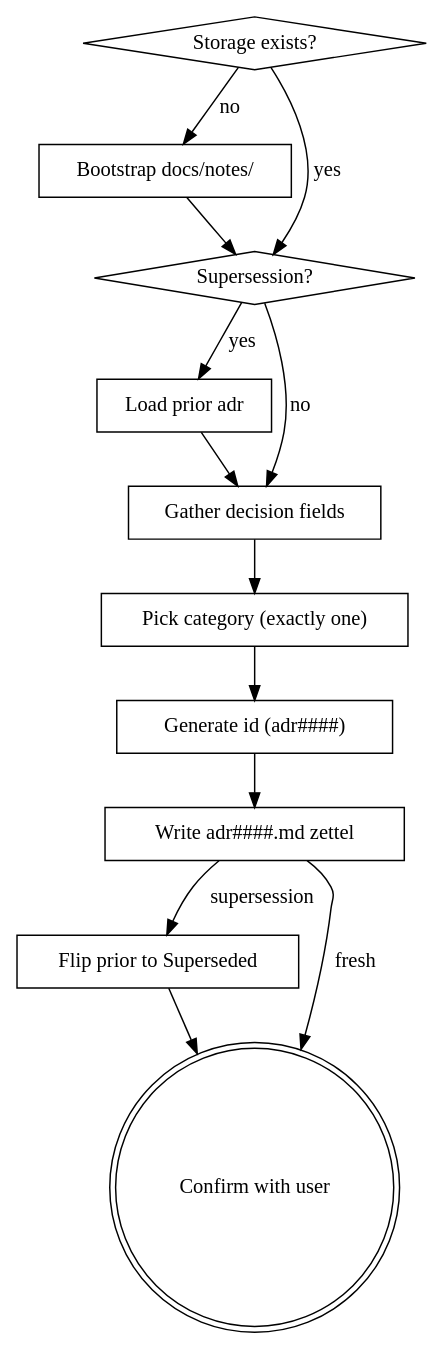
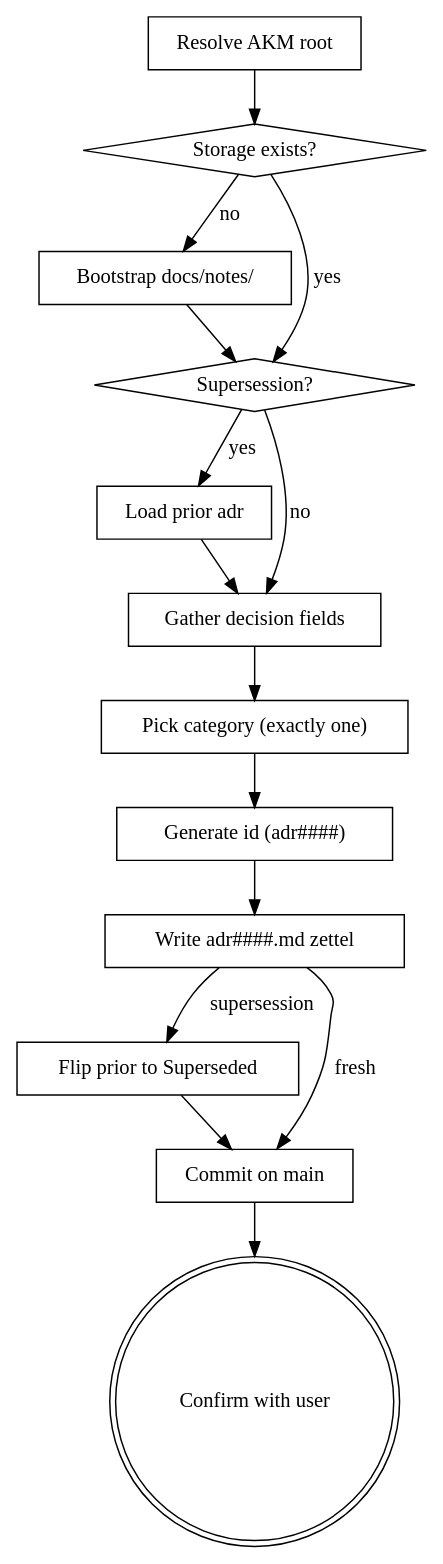
Before and after one commit to b3tchi/dotfiles: the diagram in claude/marketplace/plugins/infinifu/skills/adr-write/SKILL.md, drawn with Graphviz. The commit also changed other lines of this file and 53 other files, not shown here.

````diff
--- a/claude/marketplace/plugins/infinifu/skills/adr-write/SKILL.md
+++ b/claude/marketplace/plugins/infinifu/skills/adr-write/SKILL.md
@@ -46,27 +58,31 @@
 ```dot
 digraph adr_create {
+    "Resolve AKM root" [shape=box];
     "Storage exists?" [shape=diamond];
     "Bootstrap docs/notes/" [shape=box];
     "Supersession?" [shape=diamond];
     "Load prior adr" [shape=box];
     "Gather decision fields" [shape=box];
     "Pick category (exactly one)" [shape=box];
     "Generate id (adr####)" [shape=box];
     "Write adr####.md zettel" [shape=box];
     "Flip prior to Superseded" [shape=box];
+    "Commit on main" [shape=box];
     "Confirm with user" [shape=doublecircle];
 
+    "Resolve AKM root" -> "Storage exists?";
     "Storage exists?" -> "Bootstrap docs/notes/" [label="no"];
     "Storage exists?" -> "Supersession?" [label="yes"];
     "Bootstrap docs/notes/" -> "Supersession?";
     "Supersession?" -> "Load prior adr" [label="yes"];
     "Supersession?" -> "Gather decision fields" [label="no"];
     "Load prior adr" -> "Gather decision fields";
     "Gather decision fields" -> "Pick category (exactly one)";
     "Pick category (exactly one)" -> "Generate id (adr####)";
     "Generate id (adr####)" -> "Write adr####.md zettel";
     "Write adr####.md zettel" -> "Flip prior to Superseded" [label="supersession"];
-    "Write adr####.md zettel" -> "Confirm with user" [label="fresh"];
-    "Flip prior to Superseded" -> "Confirm with user";
+    "Write adr####.md zettel" -> "Commit on main" [label="fresh"];
+    "Flip prior to Superseded" -> "Commit on main";
+    "Commit on main" -> "Confirm with user";
 }
 ```
````
